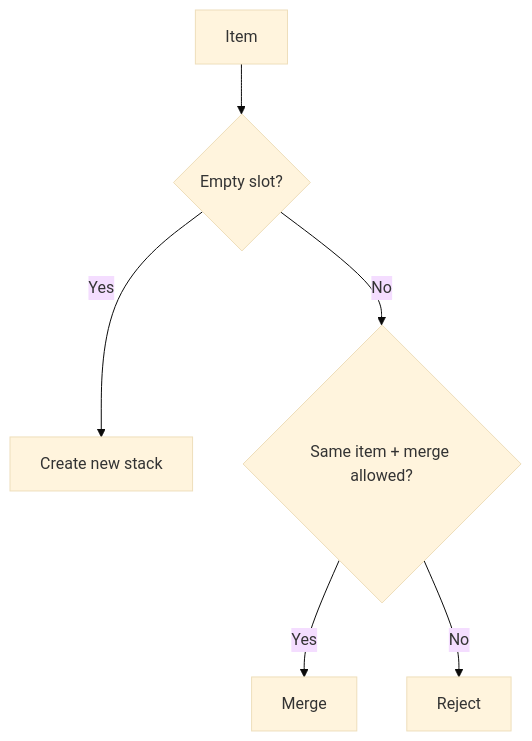
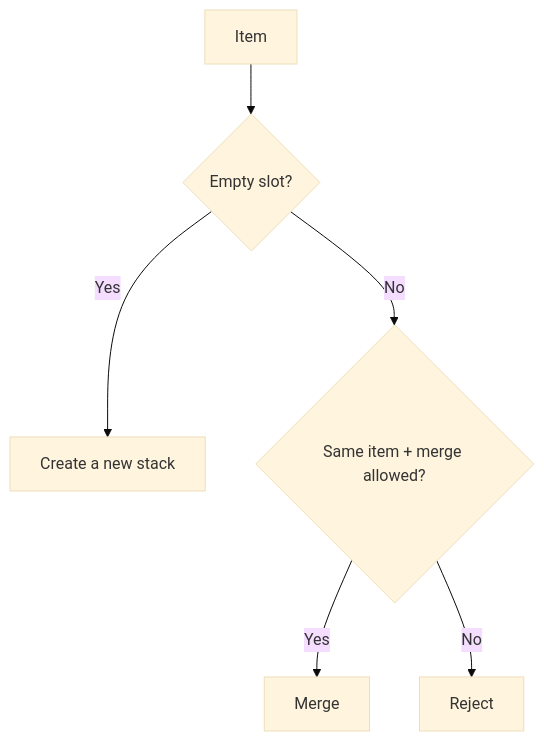
Before and after one commit to SergeevSergey99/DragAndDropSystem-Docs: the fourth of 4 diagrams in .docs/content/architecture/strategies.en.md, drawn with Mermaid (base theme). The commit also changed other lines of this file and 15 other files, not shown here.

````diff
--- a/.docs/content/architecture/strategies.en.md
+++ b/.docs/content/architecture/strategies.en.md
@@ -69,8 +79,8 @@
 ```mermaid
 flowchart TD
     A["Item"] --> B{"Empty slot?"}
-    B -->|Yes| C["Create new stack"]
+    B -->|Yes| C["Create a new stack"]
     B -->|No| D{"Same item + merge allowed?"}
     D -->|Yes| E["Merge"]
     D -->|No| F["Reject"]
 ```
````
